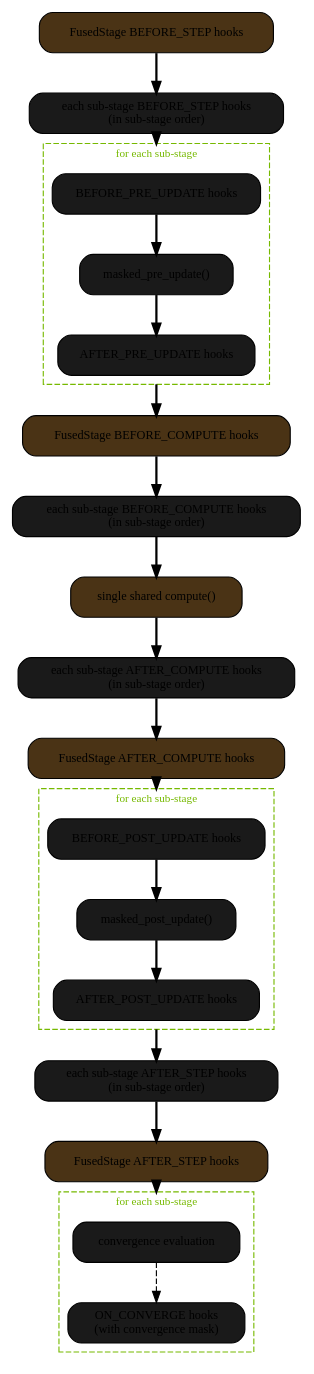
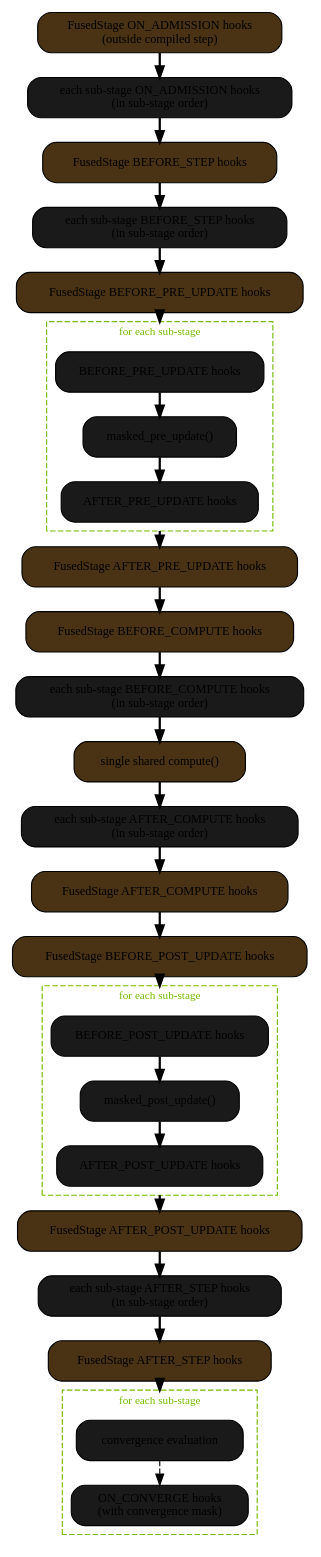
The second of 2 diagrams in docs/modules/dynamics/hooks.rst (NVIDIA/nvalchemi-toolkit), drawn with Graphviz before and after one commit. The commit also changed other lines of this file and 10 other files, not shown here.

Commit message:
update documentation on ON_ADMISSION stage

```diff
--- a/docs/modules/dynamics/hooks.rst
+++ b/docs/modules/dynamics/hooks.rst
@@ -329,68 +356,81 @@
 .. graphviz::
    :caption: Hook ordering inside a single ``FusedStage.step()``.
 
    digraph fused_hook_order {
        rankdir=TB
+       ranksep=0.3
        compound=true
        node [fontsize=11 shape=box style="rounded,filled" fillcolor="#1a1a1a"]
        edge [fontsize=10 style=bold]
 
+       fused_on_admission [label="FusedStage ON_ADMISSION hooks\n(outside compiled step)" fillcolor="#4a3315"]
+       sub_on_admission [label="each sub-stage ON_ADMISSION hooks\n(in sub-stage order)"]
        fused_before_step [label="FusedStage BEFORE_STEP hooks" fillcolor="#4a3315"]
+       fused_before_pre [label="FusedStage BEFORE_PRE_UPDATE hooks" fillcolor="#4a3315"]
+       fused_after_pre [label="FusedStage AFTER_PRE_UPDATE hooks" fillcolor="#4a3315"]
        sub_before_step [label="each sub-stage BEFORE_STEP hooks\n(in sub-stage order)"]
 
        subgraph cluster_pre_update {
            label="for each sub-stage"
            style=dashed
            color="#76b900"
            fontcolor="#76b900"
            fontsize=10
            BEFORE_PRE [label="BEFORE_PRE_UPDATE hooks"]
            pre_update [label="masked_pre_update()" fillcolor="#1a1a1a"]
            AFTER_PRE [label="AFTER_PRE_UPDATE hooks"]
            BEFORE_PRE -> pre_update -> AFTER_PRE
        }
 
        fused_before_compute [label="FusedStage BEFORE_COMPUTE hooks" fillcolor="#4a3315"]
        sub_before_compute [label="each sub-stage BEFORE_COMPUTE hooks\n(in sub-stage order)"]
        compute [label="single shared compute()" fillcolor="#4a3315"]
        sub_after_compute [label="each sub-stage AFTER_COMPUTE hooks\n(in sub-stage order)"]
+       fused_before_post [label="FusedStage BEFORE_POST_UPDATE hooks" fillcolor="#4a3315"]
+       fused_after_post [label="FusedStage AFTER_POST_UPDATE hooks" fillcolor="#4a3315"]
        fused_after_compute [label="FusedStage AFTER_COMPUTE hooks" fillcolor="#4a3315"]
 
        subgraph cluster_post_update {
            label="for each sub-stage"
            style=dashed
            color="#76b900"
            fontcolor="#76b900"
            fontsize=10
            BEFORE_POST [label="BEFORE_POST_UPDATE hooks"]
            post_update [label="masked_post_update()" fillcolor="#1a1a1a"]
            AFTER_POST [label="AFTER_POST_UPDATE hooks"]
            BEFORE_POST -> post_update -> AFTER_POST
        }
 
        sub_after_step [label="each sub-stage AFTER_STEP hooks\n(in sub-stage order)"]
        fused_after_step [label="FusedStage AFTER_STEP hooks" fillcolor="#4a3315"]
 
        subgraph cluster_converge {
            label="for each sub-stage"
            style=dashed
            color="#76b900"
            fontcolor="#76b900"
            fontsize=10
            conv_check  [label="convergence evaluation" fillcolor="#1a1a1a"]
            ON_CONVERGE [label="ON_CONVERGE hooks\n(with convergence mask)"]
            conv_check -> ON_CONVERGE [style=dashed]
        }
 
+       fused_on_admission -> sub_on_admission
+       sub_on_admission -> fused_before_step
        fused_before_step -> sub_before_step
-       sub_before_step -> BEFORE_PRE [lhead=cluster_pre_update]
-       AFTER_PRE -> fused_before_compute [ltail=cluster_pre_update]
+       sub_before_step -> fused_before_pre
+       fused_before_pre -> BEFORE_PRE [lhead=cluster_pre_update]
+       AFTER_PRE -> fused_after_pre [ltail=cluster_pre_update]
+       fused_after_pre -> fused_before_compute
        fused_before_compute -> sub_before_compute
        sub_before_compute -> compute
        compute -> sub_after_compute
        sub_after_compute -> fused_after_compute
-       fused_after_compute -> BEFORE_POST [lhead=cluster_post_update]
-       AFTER_POST -> sub_after_step [ltail=cluster_post_update]
+       fused_after_compute -> fused_before_post
+       fused_before_post -> BEFORE_POST [lhead=cluster_post_update]
+       AFTER_POST -> fused_after_post [ltail=cluster_post_update]
+       fused_after_post -> sub_after_step
        sub_after_step -> fused_after_step
        fused_after_step -> conv_check [lhead=cluster_converge]
    }
```
